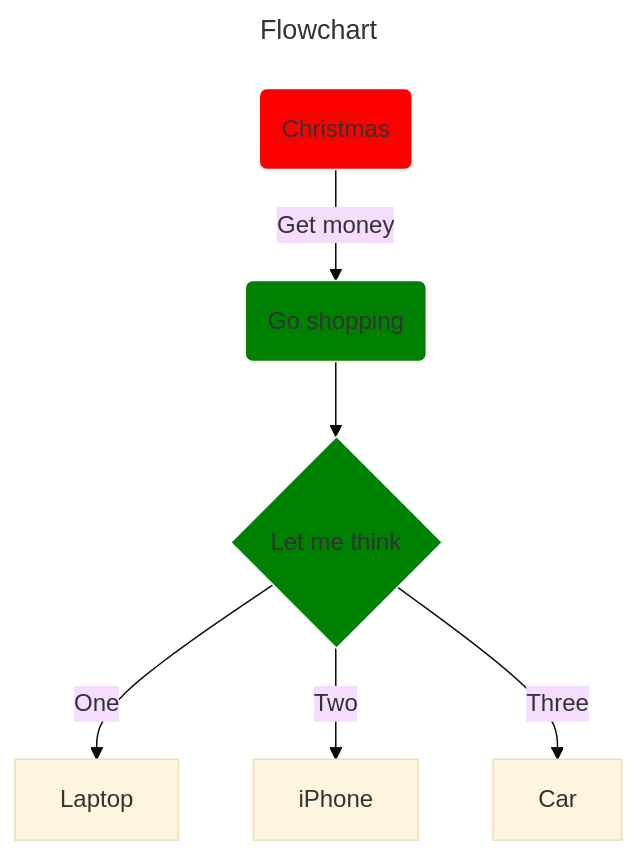
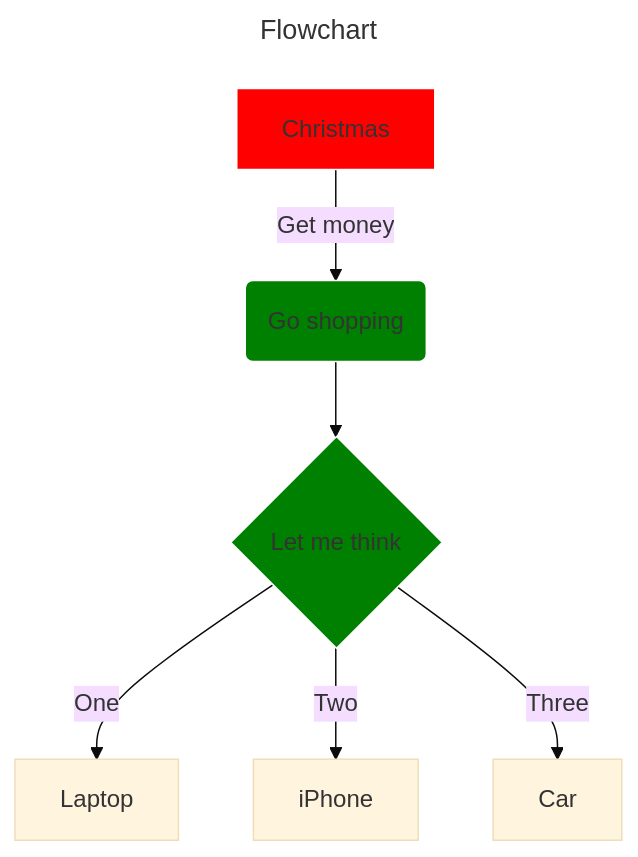
One commit to singhanmolpreet/mermaid changed the second of 7 diagrams in README.md. Above: the diagram before and after it, drawn with Mermaid (base theme).

````diff
--- a/README.md
+++ b/README.md
@@ -12,14 +12,14 @@
 ```mermaid
 ---
 title: Flowchart
 ---
 flowchart TD
-    A(Christmas)-- Get money -->B(Go shopping)
+    Christmas -- Get money -->B(Go shopping)
     B --> C{Let me think}
     C --One --> D[Laptop] 
     C --Two -->E[iPhone]
     C --Three --> F[Car]
-    style A fill:red,stroke:white
+    style Christmas fill:red,stroke:white
     style B fill:green,stroke:white
     style C fill:green,stroke:white
 ```
````
